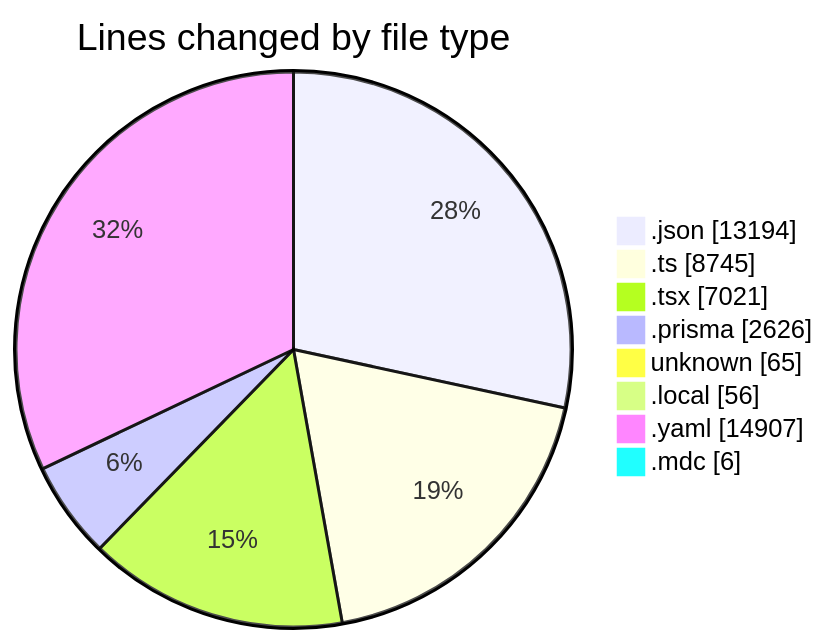
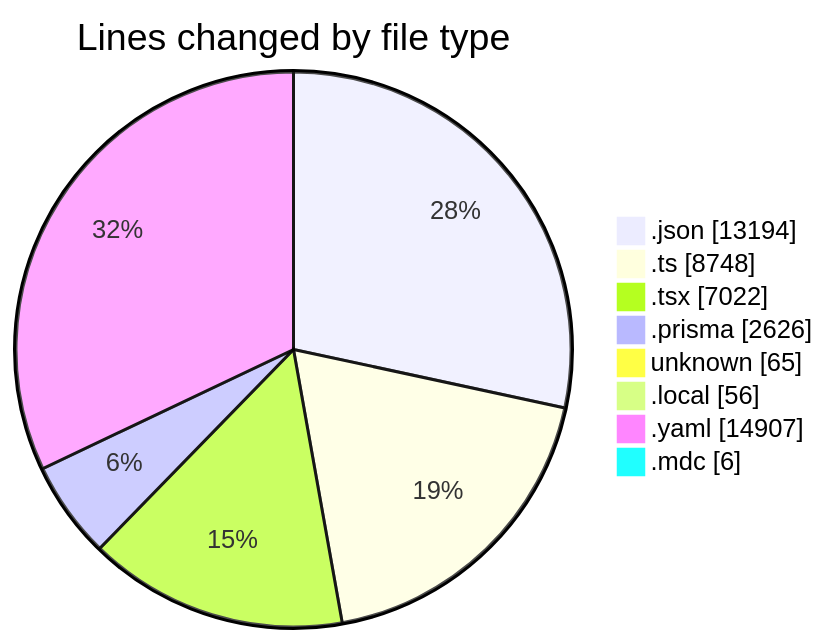
The first of 2 diagrams in 2025-05-15/ecodeli-1/README.md (CELIANVF/code-tracking), drawn with Mermaid before and after one commit. The commit also changed other lines of this file and 1 other file, not shown here.

````diff
--- a/2025-05-15/ecodeli-1/README.md
+++ b/2025-05-15/ecodeli-1/README.md
@@ -67,12 +67,12 @@
 ```mermaid
 pie showData
 title Lines changed by file type
 ".json" : 13194
-".ts" : 8745
-".tsx" : 7021
+".ts" : 8748
+".tsx" : 7022
 ".prisma" : 2626
 "unknown" : 65
 ".local" : 56
 ".yaml" : 14907
 ".mdc" : 6
 ```
````
